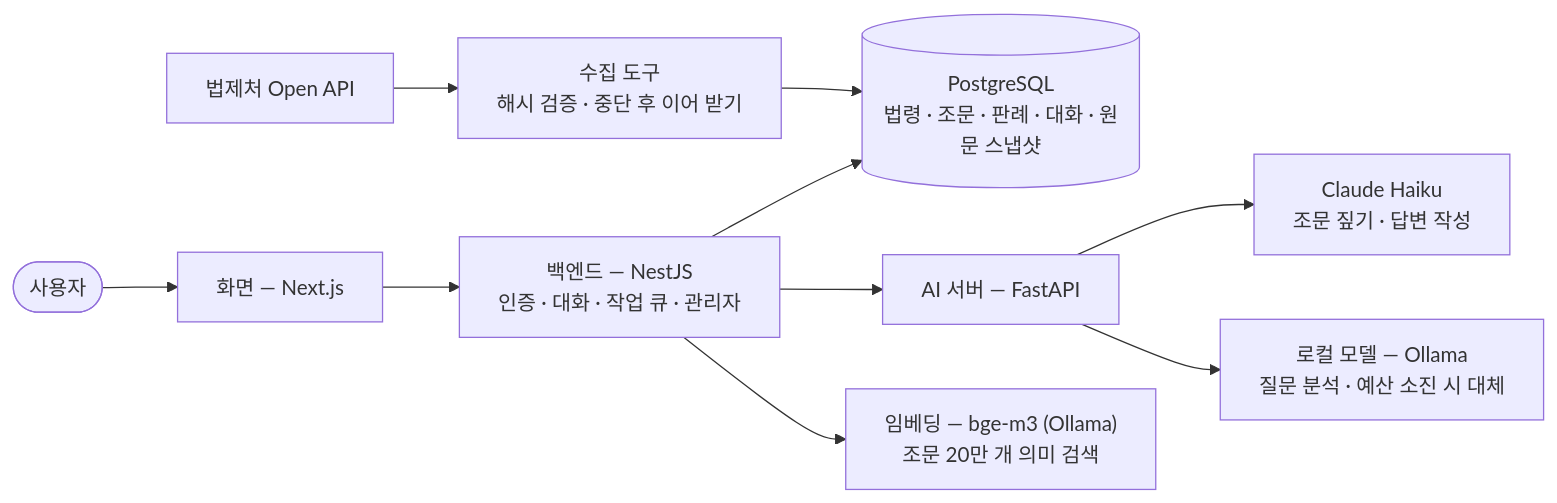
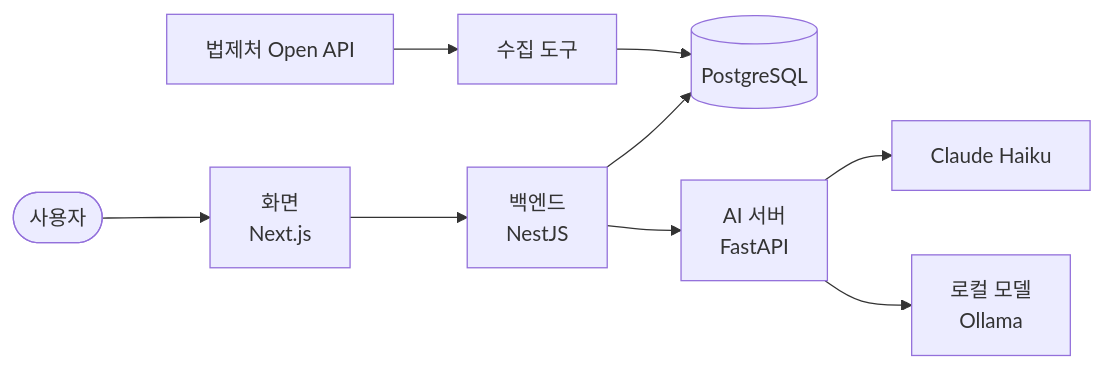
Before and after one commit to orca305/AURORE: the diagram in README.md, drawn with Mermaid. The commit also changed other lines of this file and 65 other files, not shown here.

````diff
--- a/README.md
+++ b/README.md
@@ -25,12 +21,11 @@
 ```mermaid
 flowchart LR
-  User([사용자]) --> Web["화면 — Next.js"]
-  Web --> API["백엔드 — NestJS<br/>인증 · 대화 · 작업 큐 · 관리자"]
-  API --> DB[("PostgreSQL<br/>법령 · 조문 · 판례 · 대화 · 원문 스냅샷")]
-  API --> AI["AI 서버 — FastAPI"]
-  AI --> Claude["Claude Haiku<br/>조문 짚기 · 답변 작성"]
-  AI --> Local["로컬 모델 — Ollama<br/>질문 분석 · 예산 소진 시 대체"]
-  API --> Emb["임베딩 — bge-m3 (Ollama)<br/>조문 20만 개 의미 검색"]
-  Law["법제처 Open API"] --> Collect["수집 도구<br/>해시 검증 · 중단 후 이어 받기"]
-  Collect --> DB
+  User([사용자]) --> Web[화면<br/>Next.js]
+  Web --> API[백엔드<br/>NestJS]
+  API --> DB[(PostgreSQL)]
+  API --> AI[AI 서버<br/>FastAPI]
+  AI --> Claude[Claude Haiku]
+  AI --> Ollama[로컬 모델<br/>Ollama]
+  Moleg[법제처 Open API] --> Tools[수집 도구]
+  Tools --> DB
 ```
````
